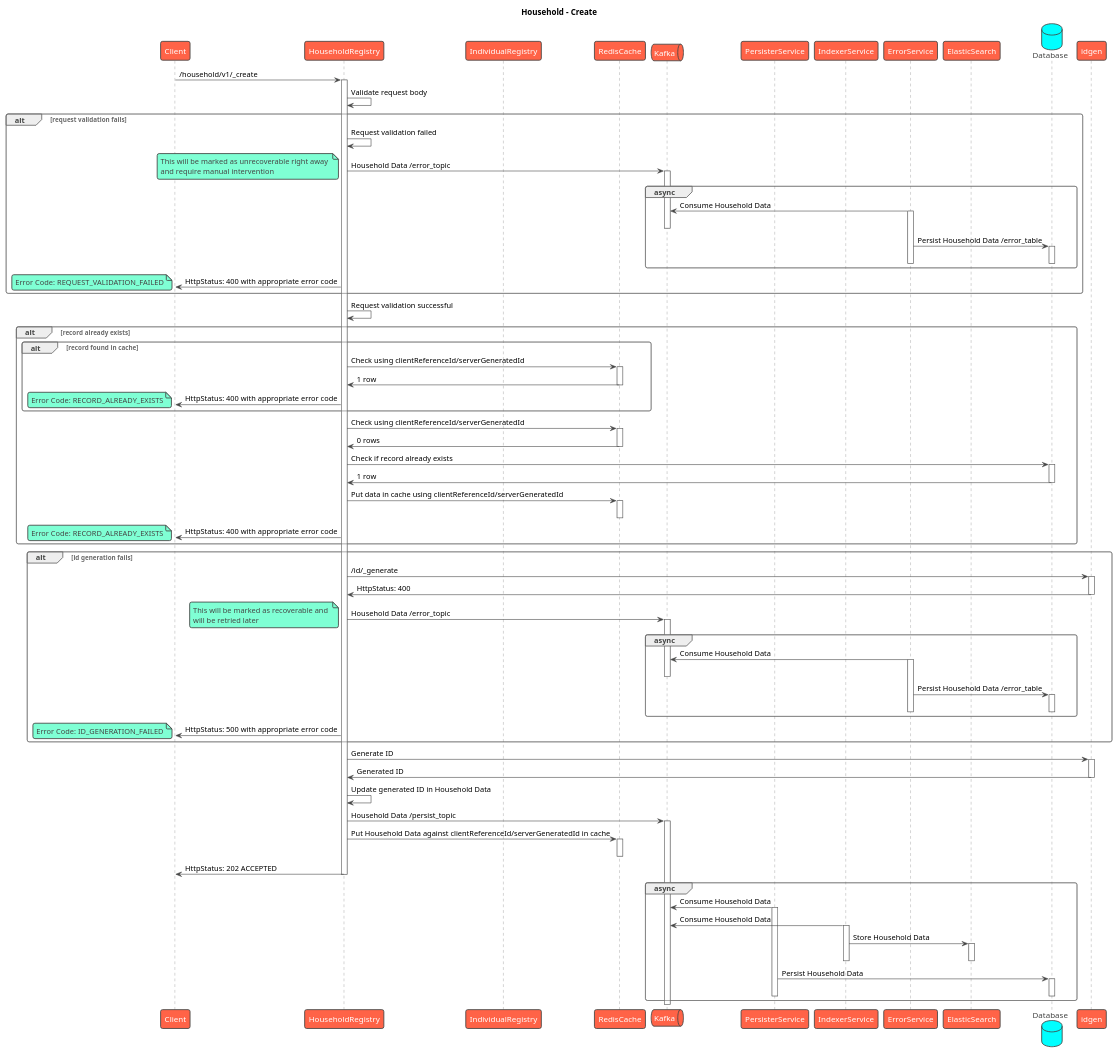
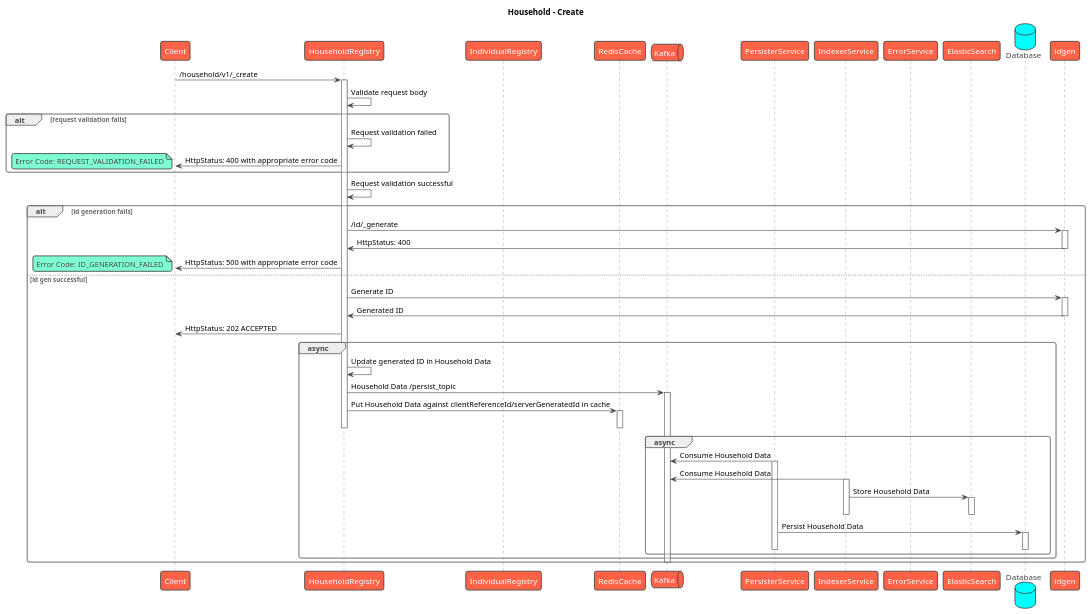
One commit to egovernments/health-api-specs changed the diagram in sequence-diagrams/household/create.puml. Above: the diagram before and after it, drawn with PlantUML. The commit also changed 7 other files, not shown here.

```diff
--- a/sequence-diagrams/household/create.puml
+++ b/sequence-diagrams/household/create.puml
@@ -1,159 +1,108 @@
 @startuml
 title Household - Create
 !theme vibrant
 participant Client as c
 participant HouseholdRegistry as s
 participant IndividualRegistry as s2
 participant RedisCache as rc
 queue Kafka as k
 participant PersisterService as prs
 participant IndexerService as idx
 participant ErrorService as es
 participant ElasticSearch as el
 database Database as db
 c -> s : /household/v1/_create
 activate s
 s -> s: Validate request body
 alt request validation fails
     s -> s: Request validation failed
-    s -> k: Household Data /error_topic
-    note left
-        This will be marked as unrecoverable right away 
-        and require manual intervention
-    end note
-    activate k
-    group async
-        es -> k: Consume Household Data
-        activate es
-        deactivate k
-        es -> db: Persist Household Data /error_table
-        activate db
-        deactivate db
-        deactivate es
-    end
     s -> c: HttpStatus: 400 with appropriate error code
     note left
-        Error Code: REQUEST_VALIDATION_FAILED
+      Error Code: REQUEST_VALIDATION_FAILED
     end note
 end
+
 s -> s: Request validation successful
-alt record already exists
-    alt record found in cache
-      s -> rc: Check using clientReferenceId/serverGeneratedId
-      activate rc
-      rc -> s: 1 row
-      deactivate rc
-      s -> c: HttpStatus: 400 with appropriate error code
-      note left
-          Error Code: RECORD_ALREADY_EXISTS
-      end note
-    end
-    s -> rc: Check using clientReferenceId/serverGeneratedId
-    activate rc
-    rc -> s: 0 rows
-    deactivate rc
-    s -> db: Check if record already exists
-    activate db
-    db -> s: 1 row
-    deactivate db
-    s -> rc: Put data in cache using clientReferenceId/serverGeneratedId
-    activate rc
-    deactivate rc
-    s -> c: HttpStatus: 400 with appropriate error code
-    note left
-        Error Code: RECORD_ALREADY_EXISTS
-    end note
-end
+
 'alt individual(s) don't exist [loop on all individualId(s) in request]
 '    s -> s2: /individual/v1/_search
 '    activate s2
 '    s2 -> s: 0 rows
 '    deactivate s2
 '    s -> k: Household Data /error_topic
 '    note left
 '        This will be marked as recoverable and will be
 '        retried later
 '    end note
 '    activate k
 '    group async
 '        es -> k: Consume Household Data
 '        activate es
 '        deactivate k
 '        es -> db: Persist Household Data /error_table
 '        activate db
 '        deactivate db
 '        deactivate es
 '    end
 '    s -> c: HttpStatus: 400 with appropriate error code
 '    note left
 '        Error Code: DEPENDENCY_ERROR
 '    end note
 'end
 's -> s2: /individual/v1/_search
 'activate s2
 's2 -> s: 1 row
 'deactivate s2
 's -> db: Get Individual/Household mapping using individual clientReferenceId/serverGeneratedId [loop on all individualId(s) in request]]
 'activate db
 'alt mapping record found
 '  db -> s: 1 row
 '  deactivate db
 '  s -> c: HttpStatus: 400 with appropriate error code
 '  note left
 '      Error Code: BAD_REQUEST
 '      Ensures that the individual is not already linked to a household
 '  end note
 'end
 alt id generation fails
     s -> idgen: /id/_generate
     activate idgen
     idgen -> s: HttpStatus: 400
     deactivate idgen
-    s -> k: Household Data /error_topic
-    note left
-        This will be marked as recoverable and 
-        will be retried later
-    end note
-    activate k
-    group async
-        es -> k: Consume Household Data
-        activate es
-        deactivate k
-        es -> db: Persist Household Data /error_table
-        activate db
-        deactivate db
-        deactivate es
-    end
     s -> c: HttpStatus: 500 with appropriate error code
     note left
       Error Code: ID_GENERATION_FAILED
     end note
+else id gen successful
+    s -> idgen: Generate ID
+    activate idgen
+    idgen -> s: Generated ID
+    deactivate idgen
+    s -> c: HttpStatus: 202 ACCEPTED
+    group async
+        s -> s: Update generated ID in Household Data
+        s -> k: Household Data /persist_topic
+        activate k
+        s -> rc: Put Household Data against clientReferenceId/serverGeneratedId in cache
+        activate rc
+        deactivate rc
+
+        deactivate s
+        group async
+            prs -> k: Consume Household Data
+            activate prs
+            idx -> k: Consume Household Data
+            activate idx
+            idx -> el: Store Household Data
+            activate el
+            deactivate el
+            deactivate idx
+            prs -> db: Persist Household Data
+            activate db
+            deactivate db
+            deactivate prs
+        end
+    end
+deactivate k
 end
-s -> idgen: Generate ID
-activate idgen
-idgen -> s: Generated ID
-deactivate idgen
-s -> s: Update generated ID in Household Data
-s -> k: Household Data /persist_topic
-activate k
-s -> rc: Put Household Data against clientReferenceId/serverGeneratedId in cache
-activate rc
-deactivate rc
-s -> c: HttpStatus: 202 ACCEPTED
-deactivate s
-group async
-    prs -> k: Consume Household Data
-    activate prs
-    idx -> k: Consume Household Data
-    activate idx
-    idx -> el: Store Household Data
-    activate el
-    deactivate el
-    deactivate idx
-    prs -> db: Persist Household Data
-    activate db
-    deactivate db
-    deactivate prs
-end
-deactivate k
 @enduml
```
